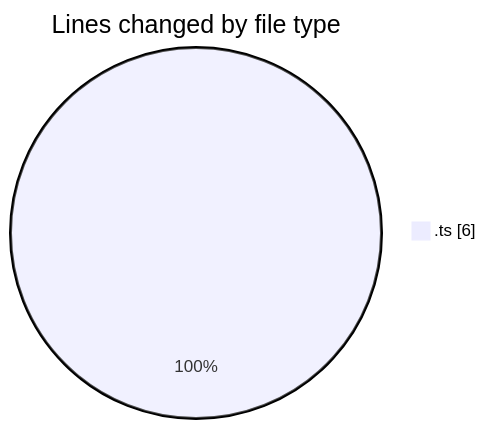
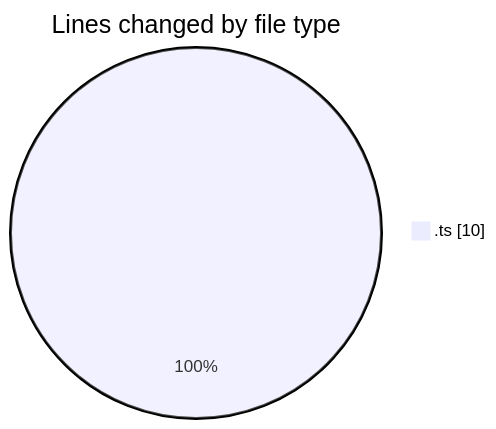
One commit to nxtqubesakshisongat/code-tracking changed the first of 2 diagrams in 2026-05-07/nxtqube_webapp/README.md. Above: the diagram before and after it, drawn with Mermaid. The commit also changed other lines of this file and 1 other file, not shown here.

````diff
--- a/2026-05-07/nxtqube_webapp/README.md
+++ b/2026-05-07/nxtqube_webapp/README.md
@@ -20,5 +20,5 @@
 ```mermaid
 pie showData
 title Lines changed by file type
-".ts" : 6
+".ts" : 10
 ```
````
